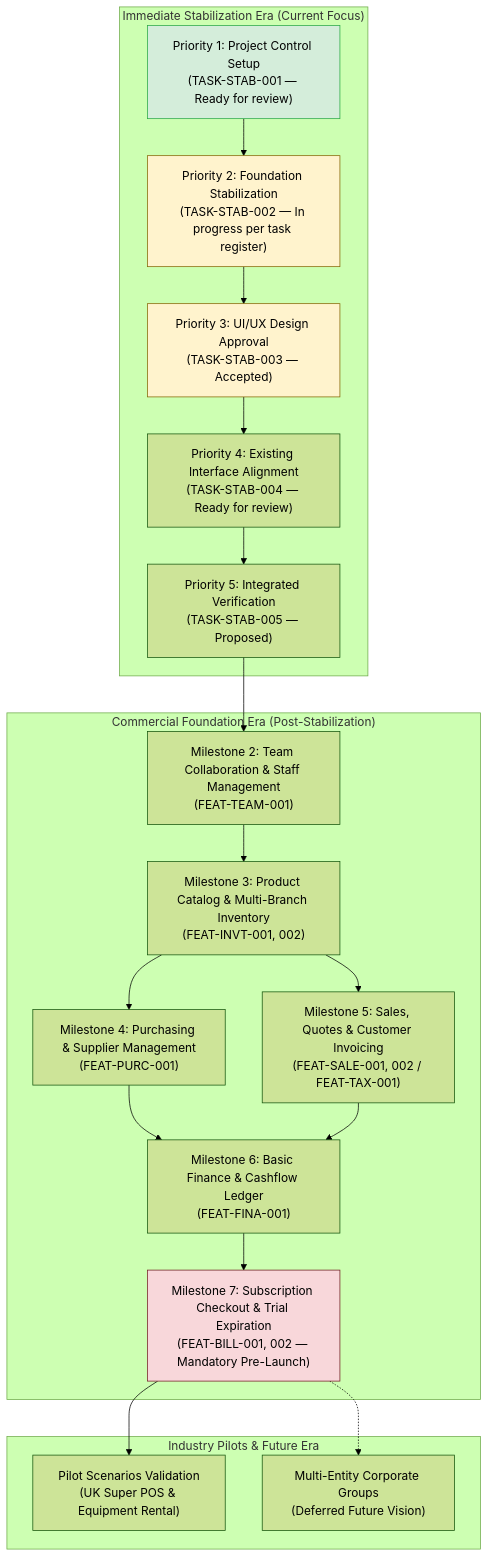
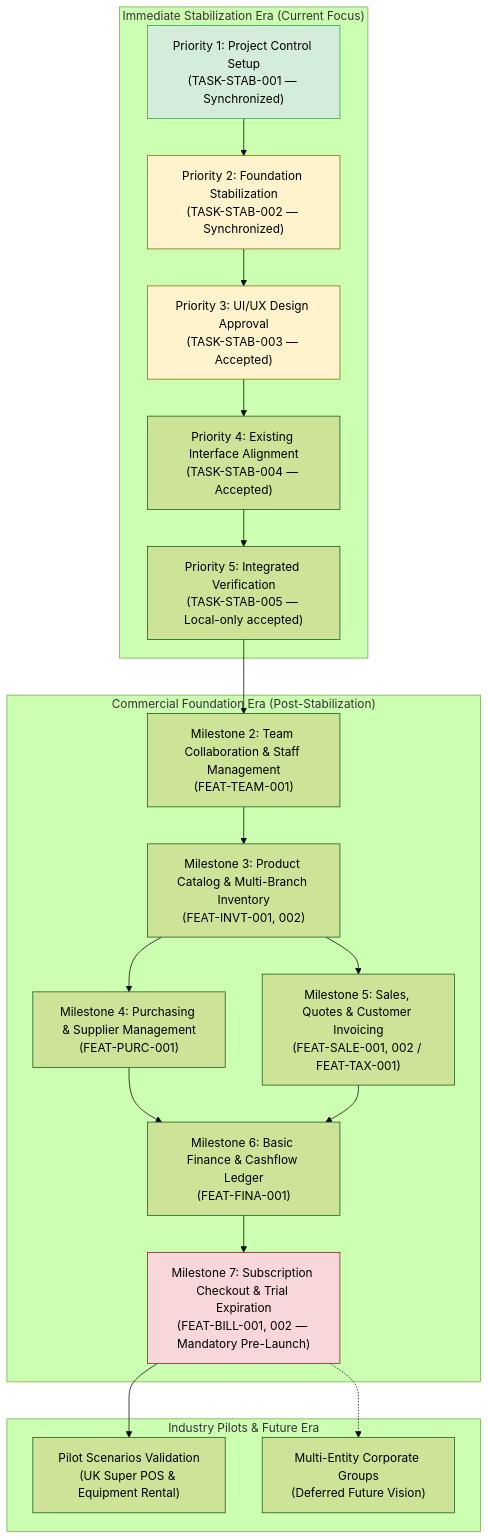
One commit to Stack37-Pvt-Ltd/stack37-eos changed the diagram in docs/ROADMAP.md. Above: the diagram before and after it, drawn with Mermaid (forest theme). The commit also changed other lines of this file and 4 other files, not shown here.

````diff
--- a/docs/ROADMAP.md
+++ b/docs/ROADMAP.md
@@ -15,30 +15,30 @@
 ```mermaid
 graph TD
     subgraph "Immediate Stabilization Era (Current Focus)"
-        P1["Priority 1: Project Control Setup<br/>(TASK-STAB-001 — Ready for review)"]
-        --> P2["Priority 2: Foundation Stabilization<br/>(TASK-STAB-002 — In progress per task register)"]
+        P1["Priority 1: Project Control Setup<br/>(TASK-STAB-001 — Synchronized)"]
+        --> P2["Priority 2: Foundation Stabilization<br/>(TASK-STAB-002 — Synchronized)"]
         --> P3["Priority 3: UI/UX Design Approval<br/>(TASK-STAB-003 — Accepted)"]
-        --> P4["Priority 4: Existing Interface Alignment<br/>(TASK-STAB-004 — Ready for review)"]
-        --> P5["Priority 5: Integrated Verification<br/>(TASK-STAB-005 — Proposed)"]
+        --> P4["Priority 4: Existing Interface Alignment<br/>(TASK-STAB-004 — Accepted)"]
+        --> P5["Priority 5: Integrated Verification<br/>(TASK-STAB-005 — Local-only accepted)"]
     end
 
     subgraph "Commercial Foundation Era (Post-Stabilization)"
         P5 --> M2["Milestone 2: Team Collaboration & Staff Management<br/>(FEAT-TEAM-001)"]
         M2 --> M3["Milestone 3: Product Catalog & Multi-Branch Inventory<br/>(FEAT-INVT-001, 002)"]
         M3 --> M4["Milestone 4: Purchasing & Supplier Management<br/>(FEAT-PURC-001)"]
         M3 --> M5["Milestone 5: Sales, Quotes & Customer Invoicing<br/>(FEAT-SALE-001, 002 / FEAT-TAX-001)"]
         M4 --> M6["Milestone 6: Basic Finance & Cashflow Ledger<br/>(FEAT-FINA-001)"]
         M5 --> M6
         M6 --> M7["Milestone 7: Subscription Checkout & Trial Expiration<br/>(FEAT-BILL-001, 002 — Mandatory Pre-Launch)"]
     end
 
     subgraph "Industry Pilots & Future Era"
         M7 --> P_PILOT["Pilot Scenarios Validation<br/>(UK Super POS & Equipment Rental)"]
         M7 -.-> M_MULTI["Multi-Entity Corporate Groups<br/>(Deferred Future Vision)"]
     end
 
     style P1 fill:#d4edda,stroke:#28a745
     style P2 fill:#fff3cd,stroke:#856404
     style P3 fill:#fff3cd,stroke:#856404
     style M7 fill:#f8d7da,stroke:#721c24
 ```
````
